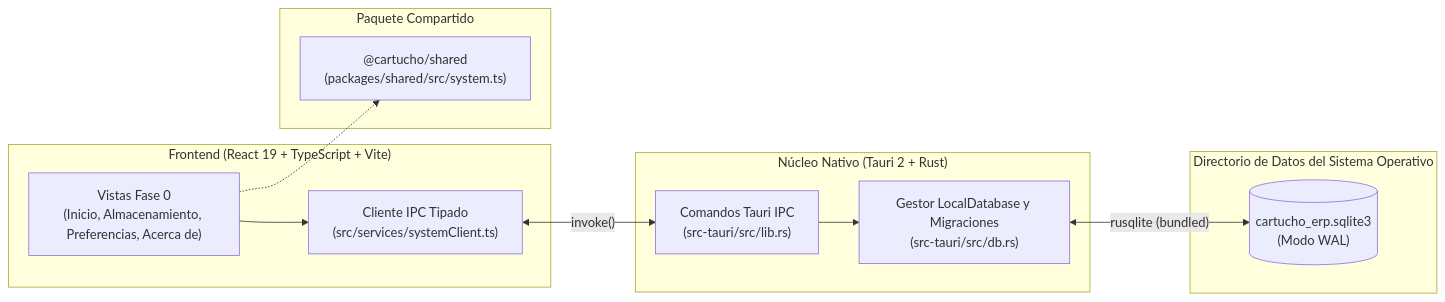
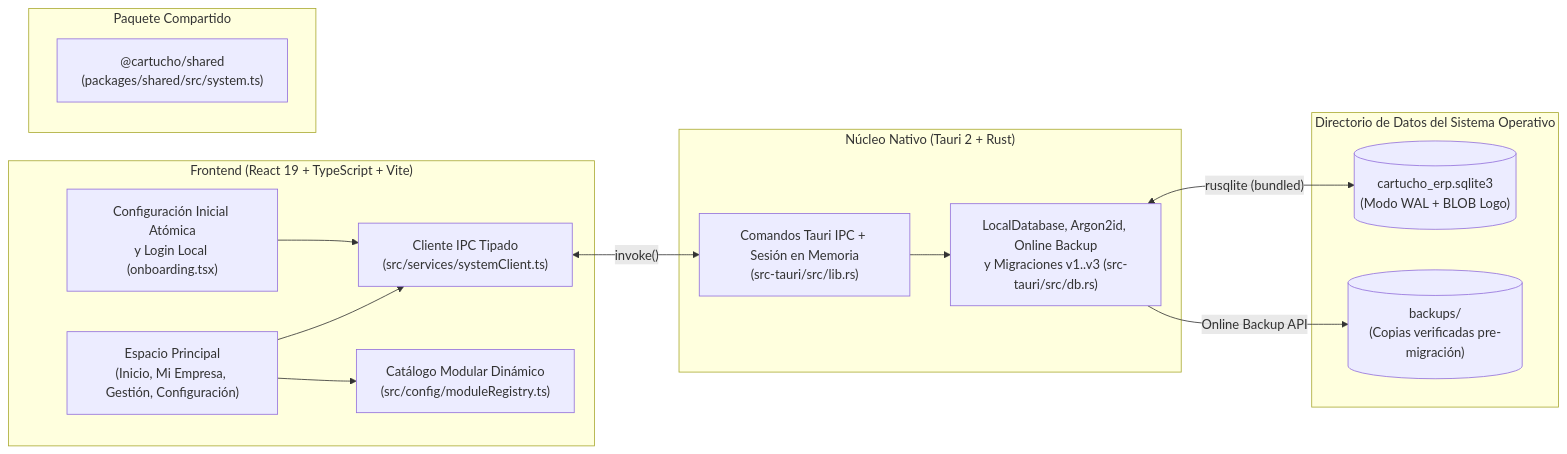
Before and after one commit to Piscuish/Cartucho-ERP: the diagram in README.md, drawn with Mermaid. The commit also changed other lines of this file and 19 other files, not shown here.

First line of the commit message:
chore: snapshot del estado local (v3: empresa, usuarios, onboarding)

````diff
--- a/README.md
+++ b/README.md
@@ -40,26 +50,31 @@
 ```mermaid
 flowchart LR
     subgraph UI["Frontend (React 19 + TypeScript + Vite)"]
-        Views["Vistas Fase 0\n(Inicio, Almacenamiento, Preferencias, Acerca de)"]
+        Onboarding["Configuración Inicial Atómica\ny Login Local (onboarding.tsx)"]
+        Views["Espacio Principal\n(Inicio, Mi Empresa, Gestión, Configuración)"]
+        Registry["Catálogo Modular Dinámico\n(src/config/moduleRegistry.ts)"]
         Client["Cliente IPC Tipado\n(src/services/systemClient.ts)"]
     end
 
     subgraph Shared["Paquete Compartido"]
         Contracts["@cartucho/shared\n(packages/shared/src/system.ts)"]
     end
 
     subgraph Core["Núcleo Nativo (Tauri 2 + Rust)"]
-        Commands["Comandos Tauri IPC\n(src-tauri/src/lib.rs)"]
-        DBLayer["Gestor LocalDatabase y Migraciones\n(src-tauri/src/db.rs)"]
+        Commands["Comandos Tauri IPC + Sesión en Memoria\n(src-tauri/src/lib.rs)"]
+        DBLayer["LocalDatabase, Argon2id, Online Backup\ny Migraciones v1..v3 (src-tauri/src/db.rs)"]
     end
 
     subgraph OSData["Directorio de Datos del Sistema Operativo"]
-        SQLite[("cartucho_erp.sqlite3\n(Modo WAL)")]
+        SQLite[("cartucho_erp.sqlite3\n(Modo WAL + BLOB Logo)")]
+        Backups[("backups/\n(Copias verificadas pre-migración)")]
     end
 
+    Onboarding --> Client
     Views --> Client
-    Views -.-> Contracts
+    Views --> Registry
     Client <-->|"invoke()"| Commands
     Commands --> DBLayer
     DBLayer <-->|"rusqlite (bundled)"| SQLite
+    DBLayer -->|"Online Backup API"| Backups
 ```
````
